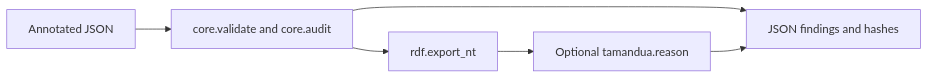
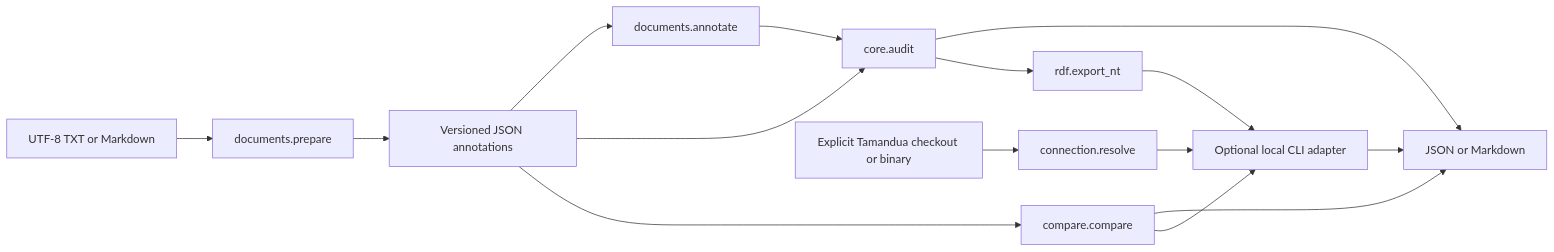
One commit to fredsevmartins/Armadillo changed the diagram in docs/diagrams/system.mmd. Above: the diagram before and after it, drawn with Mermaid. The commit also changed 32 other files, not shown here.

```diff
--- a/docs/diagrams/system.mmd
+++ b/docs/diagrams/system.mmd
@@ -1,6 +1,15 @@
 flowchart LR
-  Input[Annotated JSON] --> Core[core.validate and core.audit]
-  Core --> Report[JSON findings and hashes]
-  Core --> RDF[rdf.export_nt]
-  RDF --> Adapter[Optional tamandua.reason]
-  Adapter --> Report
+    Source[UTF-8 TXT or Markdown] --> Prepare[documents.prepare]
+    Prepare --> JSON[Versioned JSON annotations]
+    JSON --> Edit[documents.annotate]
+    Edit --> Audit[core.audit]
+    JSON --> Audit
+    JSON --> Compare[compare.compare]
+    Audit --> Reports[JSON or Markdown]
+    Compare --> Reports
+    Audit --> RDF[rdf.export_nt]
+    RDF --> Adapter[Optional local CLI adapter]
+    Compare --> Adapter
+    Repo[Explicit Tamandua checkout or binary] --> Connection[connection.resolve]
+    Connection --> Adapter
+    Adapter --> Reports
```
